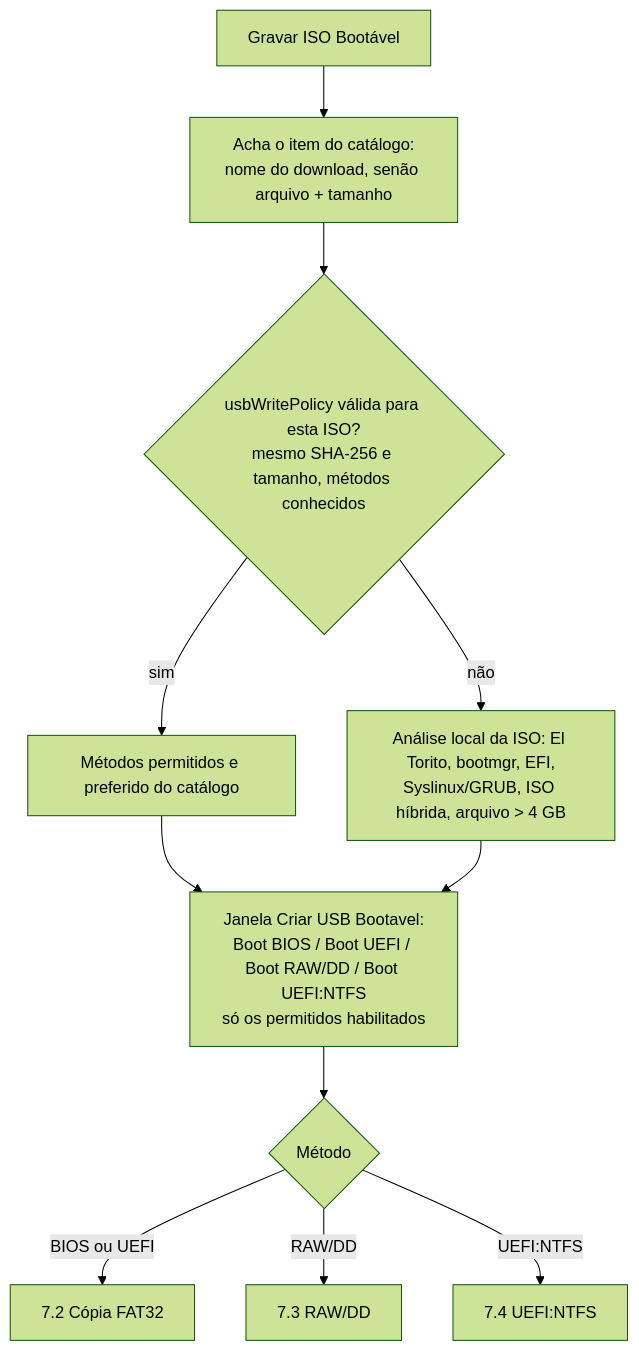
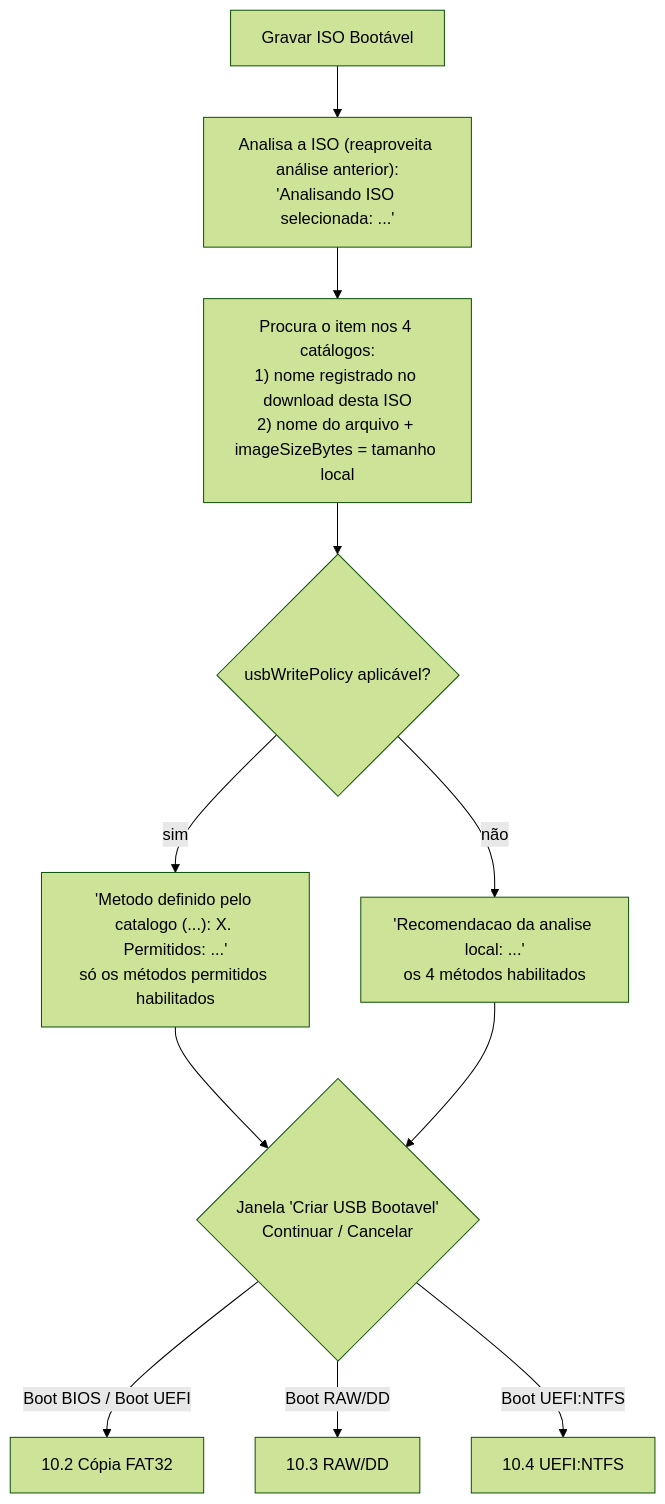
The eighth of 15 diagrams in docs/FLUXOS_APP.md (MarceloSobral-Quallit/Q-DISK), drawn with Mermaid (forest theme) before and after one commit. The commit also changed other lines of this file, not shown here.

````diff
--- a/docs/FLUXOS_APP.md
+++ b/docs/FLUXOS_APP.md
@@ -151,12 +484,12 @@
 ```mermaid
 flowchart TD
-    A[Gravar ISO Bootável] --> B[Acha o item do catálogo:<br/>nome do download, senão arquivo + tamanho]
-    B --> C{usbWritePolicy válida para esta ISO?<br/>mesmo SHA-256 e tamanho, métodos conhecidos}
-    C -- sim --> D[Métodos permitidos e preferido do catálogo]
-    C -- não --> E[Análise local da ISO: El Torito, bootmgr, EFI,<br/>Syslinux/GRUB, ISO híbrida, arquivo > 4 GB]
-    D & E --> F[Janela Criar USB Bootavel:<br/>Boot BIOS / Boot UEFI / Boot RAW/DD / Boot UEFI:NTFS<br/>só os permitidos habilitados]
-    F --> G{Método}
-    G -- BIOS ou UEFI --> L[7.2 Cópia FAT32]
-    G -- RAW/DD --> R[7.3 RAW/DD]
-    G -- UEFI:NTFS --> U[7.4 UEFI:NTFS]
+    A["Gravar ISO Bootável"] --> B["Analisa a ISO (reaproveita análise anterior):<br/>'Analisando ISO selecionada: ...'"]
+    B --> C["Procura o item nos 4 catálogos:<br/>1) nome registrado no download desta ISO<br/>2) nome do arquivo + imageSizeBytes = tamanho local"]
+    C --> D{"usbWritePolicy aplicável?"}
+    D -- "sim" --> E["'Metodo definido pelo catalogo (...): X. Permitidos: ...'<br/>só os métodos permitidos habilitados"]
+    D -- "não" --> F["'Recomendacao da analise local: ...'<br/>os 4 métodos habilitados"]
+    E & F --> G{"Janela 'Criar USB Bootavel'<br/>Continuar / Cancelar"}
+    G -- "Boot BIOS / Boot UEFI" --> L["10.2 Cópia FAT32"]
+    G -- "Boot RAW/DD" --> R["10.3 RAW/DD"]
+    G -- "Boot UEFI:NTFS" --> U["10.4 UEFI:NTFS"]
 ```
````
